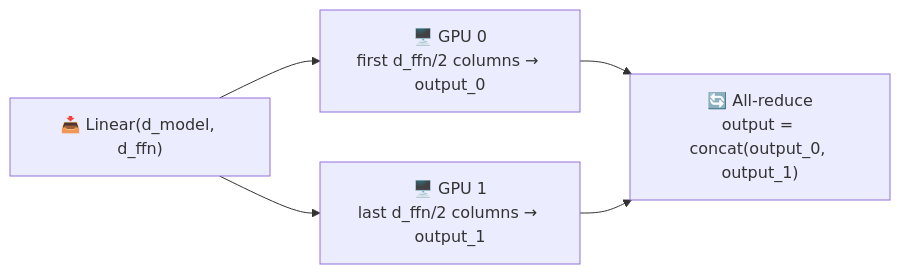
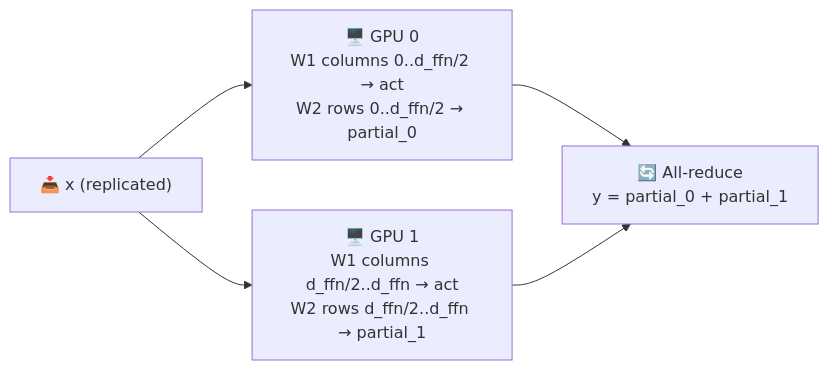
One commit to sundante/sun-course-genai changed the second of 3 diagrams in src/content/01-LLM-Models/Notes/08-GPU-and-Hardware.mdx. Above: the diagram before and after it, drawn with Mermaid. The commit also changed other lines of this file and 76 other files, not shown here.

````diff
--- a/src/content/01-LLM-Models/Notes/08-GPU-and-Hardware.mdx
+++ b/src/content/01-LLM-Models/Notes/08-GPU-and-Hardware.mdx
@@ -186,7 +195,7 @@
 ```mermaid
 flowchart LR
-    IN["📥 Linear(d_model, d_ffn)"] --> G0["🖥️ GPU 0<br/>first d_ffn/2 columns → output_0"]
-    IN --> G1["🖥️ GPU 1<br/>last d_ffn/2 columns → output_1"]
-    G0 --> AR["🔄 All-reduce<br/>output = concat(output_0, output_1)"]
+    IN["📥 x (replicated)"] --> G0["🖥️ GPU 0<br/>W1 columns 0..d_ffn/2 → act<br/>W2 rows 0..d_ffn/2 → partial_0"]
+    IN --> G1["🖥️ GPU 1<br/>W1 columns d_ffn/2..d_ffn → act<br/>W2 rows d_ffn/2..d_ffn → partial_1"]
+    G0 --> AR["🔄 All-reduce<br/>y = partial_0 + partial_1"]
     G1 --> AR
 ```
````
